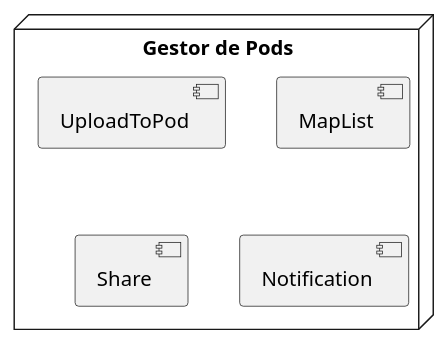
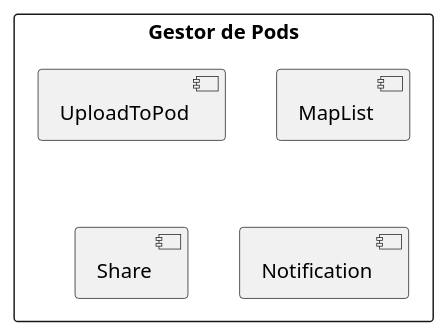
One commit to Arquisoft/viade_es1a changed the third of 3 diagrams in src/docs/05_building_block_view.adoc. Above: the diagram before and after it, drawn with PlantUML. The commit also changed other lines of this file and 4 other files, not shown here.

Commit message:
Añadidos nuevos diagramas

```diff
--- a/src/docs/05_building_block_view.adoc
+++ b/src/docs/05_building_block_view.adoc
@@ -103,11 +84,11 @@
 [plantuml,Gestor de Pods,png]
 ----
 @startuml
-  node "Gestor de Pods" as pods{
+  rectangle "Gestor de Pods" as pods{
     [UploadToPod]
     [MapList]
     [Share]
     [Notification]
   }
 @enduml
 ----
```
